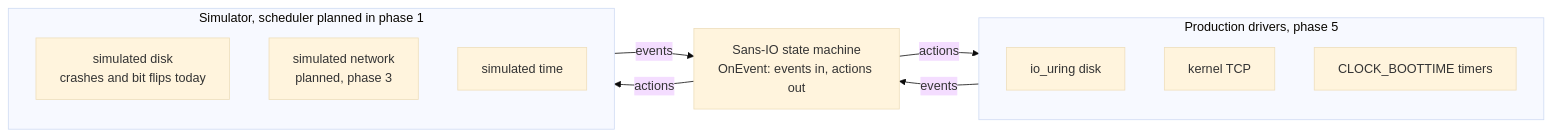
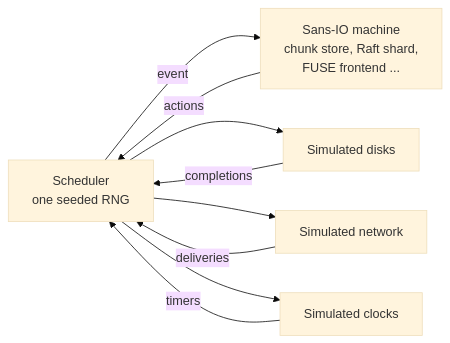
One commit to nvcnvn/rock-solid changed the second of 3 diagrams in blogs/12-testing-for-trust.md. Above: the diagram before and after it, drawn with Mermaid (base theme). The commit also changed other lines of this file, not shown here.

````diff
--- a/blogs/12-testing-for-trust.md
+++ b/blogs/12-testing-for-trust.md
@@ -101,18 +103,11 @@
 ```mermaid
 flowchart LR
-    subgraph PROD["Production drivers, phase 5"]
-        URING["io_uring disk"]
-        TCP["kernel TCP"]
-        CLK["CLOCK_BOOTTIME timers"]
-    end
-    SM["Sans-IO state machine<br/>OnEvent: events in, actions out"]
-    subgraph SIM["Simulator, scheduler planned in phase 1"]
-        SDISK["simulated disk<br/>crashes and bit flips today"]
-        SNET["simulated network<br/>planned, phase 3"]
-        STIME["simulated time"]
-    end
-    PROD -- "events" --> SM
-    SM -- "actions" --> PROD
-    SIM -- "events" --> SM
-    SM -- "actions" --> SIM
+    S["Scheduler<br/>one seeded RNG"] -->|event| M["Sans-IO machine<br/>chunk store, Raft shard,<br/>FUSE frontend ..."]
+    M -->|actions| S
+    S --> D["Simulated disks"]
+    S --> N["Simulated network"]
+    S --> C["Simulated clocks"]
+    D -->|completions| S
+    N -->|deliveries| S
+    C -->|timers| S
 ```
````
